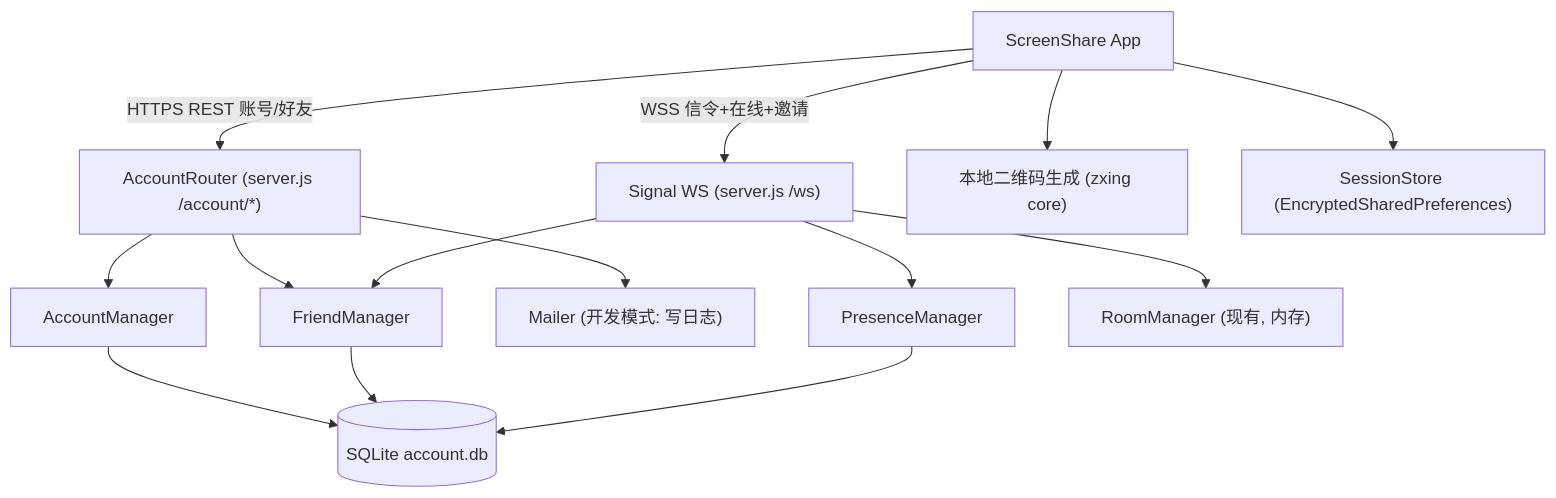
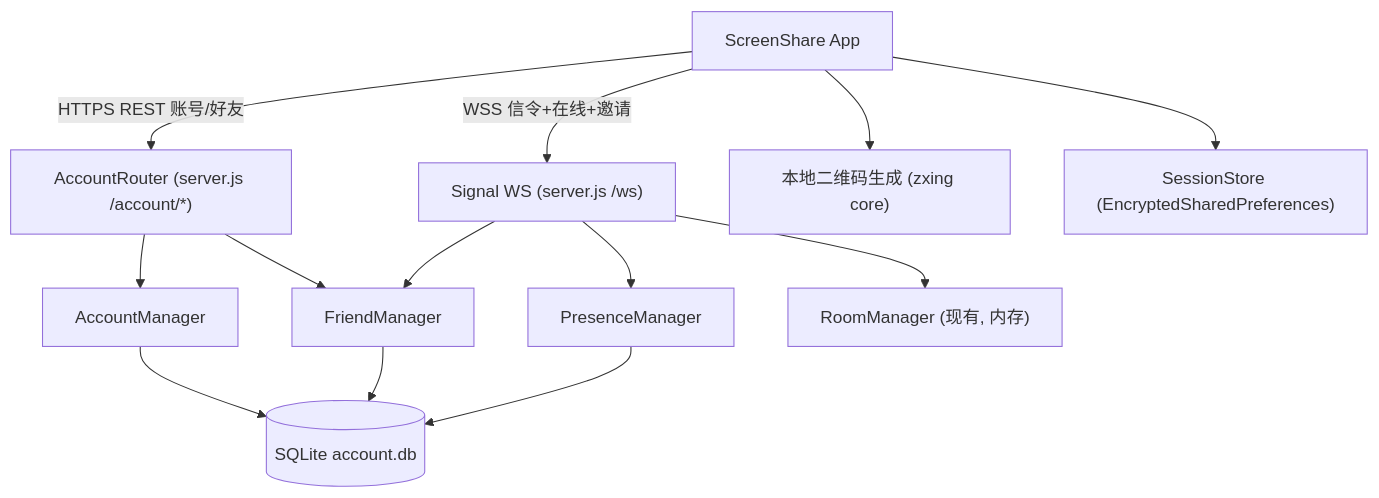
One commit to lqx3617-dot/ScreenShare changed the diagram in .monkeycode/specs/2026-09-18-account-friends/design.md. Above: the diagram before and after it, drawn with Mermaid. The commit also changed other lines of this file and 38 other files, not shown here.

````diff
--- a/.monkeycode/specs/2026-09-18-account-friends/design.md
+++ b/.monkeycode/specs/2026-09-18-account-friends/design.md
@@ -14,16 +14,15 @@
 ```mermaid
 graph TD
     App["ScreenShare App"] -->|"HTTPS REST 账号/好友"| Router["AccountRouter (server.js /account/*)"]
     App -->|"WSS 信令+在线+邀请"| Signal["Signal WS (server.js /ws)"]
     Router --> AM["AccountManager"]
     Router --> FM["FriendManager"]
-    Router --> Mail["Mailer (开发模式: 写日志)"]
     Signal --> PM["PresenceManager"]
     Signal --> RM["RoomManager (现有, 内存)"]
     Signal --> FM
     AM --> DB[("SQLite account.db")]
     FM --> DB
     PM --> DB
     App --> QR["本地二维码生成 (zxing core)"]
     App --> Store["SessionStore (EncryptedSharedPreferences)"]
 ```
````
